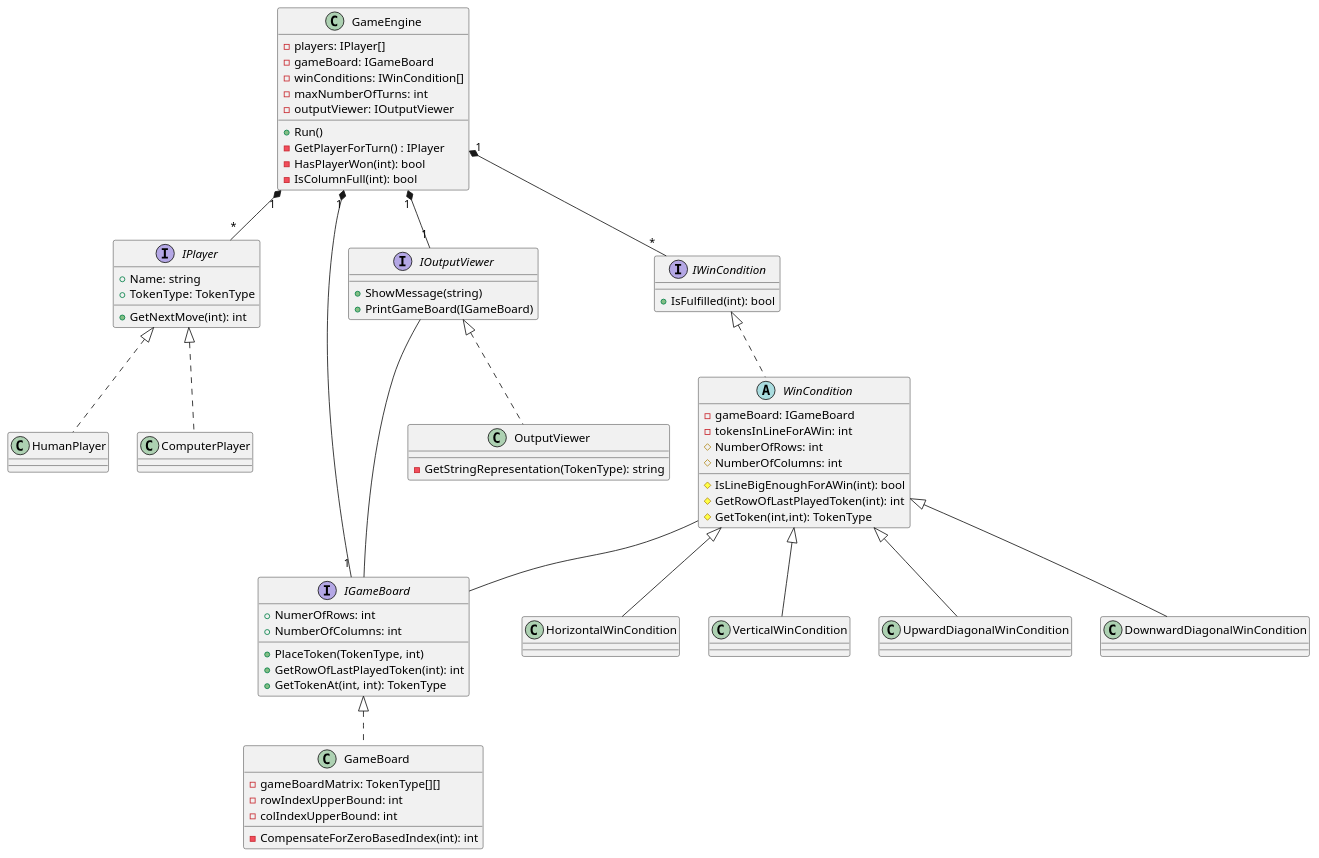
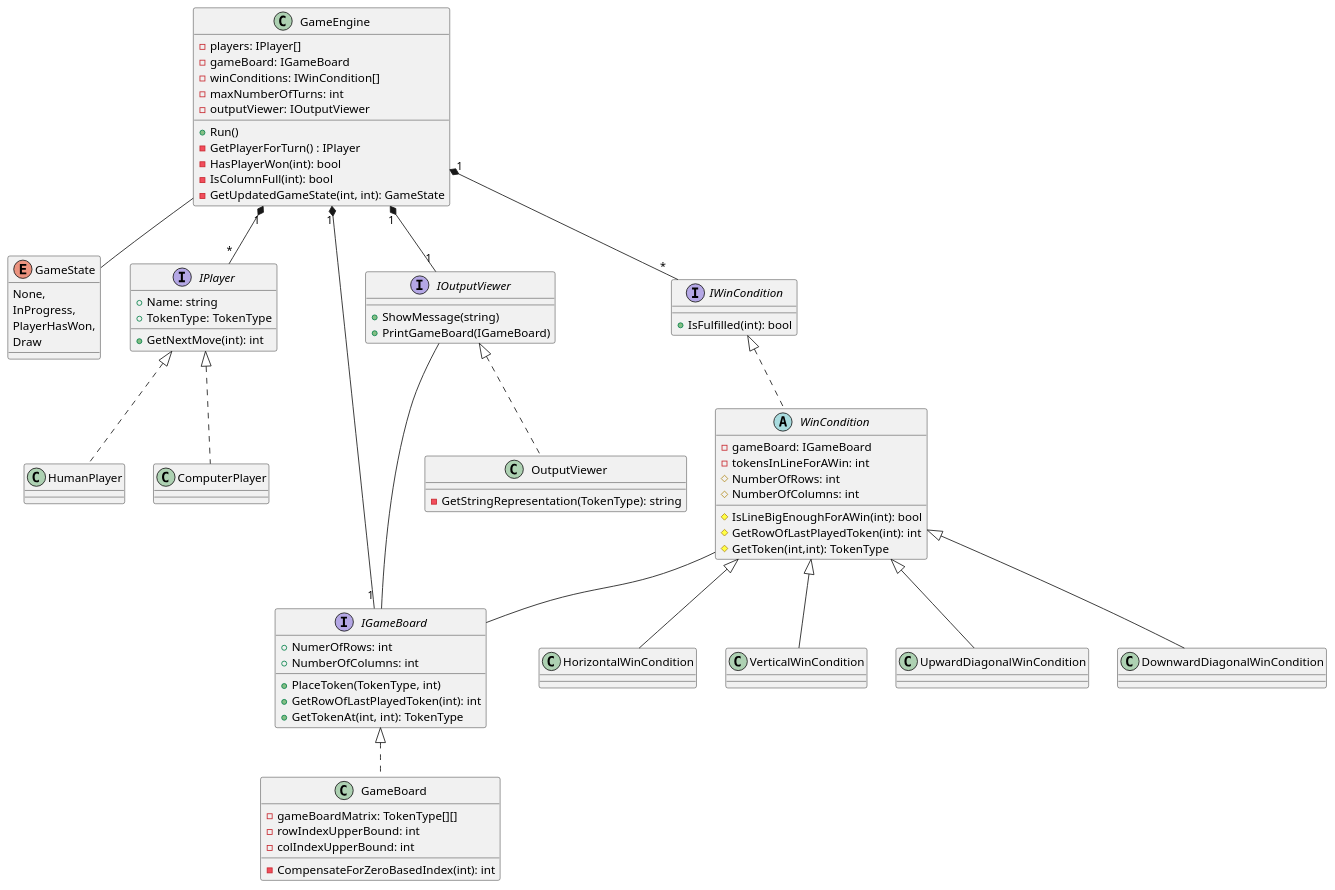
The diagram in umldiagram.wsd (Lee245/ConnectFour), drawn with PlantUML before and after one commit. The commit also changed 1 other file, not shown here.

Commit message:
Updated diagram

```diff
--- a/umldiagram.wsd
+++ b/umldiagram.wsd
@@ -1,93 +1,102 @@
 @startuml ConnectFour
+
+enum GameState {
+    None,
+    InProgress,
+    PlayerHasWon,
+    Draw
+}
 
 class GameEngine {
     -players: IPlayer[]
     -gameBoard: IGameBoard
     -winConditions: IWinCondition[]
     -maxNumberOfTurns: int
     -outputViewer: IOutputViewer
     +Run()
     -GetPlayerForTurn() : IPlayer
     -HasPlayerWon(int): bool
     -IsColumnFull(int): bool
+    -GetUpdatedGameState(int, int): GameState
 }
 
 ' Players
 interface IPlayer {
     +Name: string
     +TokenType: TokenType
     +GetNextMove(int): int
 }
 class HumanPlayer
 class ComputerPlayer
 
 ' Gameboard
 interface IGameBoard {
     +NumerOfRows: int
     +NumberOfColumns: int
     +PlaceToken(TokenType, int)
     +GetRowOfLastPlayedToken(int): int
     +GetTokenAt(int, int): TokenType
 }
 
 class GameBoard {
     -gameBoardMatrix: TokenType[][]
     -rowIndexUpperBound: int
     -colIndexUpperBound: int
     -CompensateForZeroBasedIndex(int): int
 }
 
 ' Output
 interface IOutputViewer {
     +ShowMessage(string)
     +PrintGameBoard(IGameBoard)
 }
 
 class OutputViewer {
     -GetStringRepresentation(TokenType): string
 }
 
 ' WinCondition
 interface IWinCondition {
     +IsFulfilled(int): bool
 }
 
 abstract WinCondition {
     -gameBoard: IGameBoard
     -tokensInLineForAWin: int
     #NumberOfRows: int
     #NumberOfColumns: int
     #IsLineBigEnoughForAWin(int): bool
     #GetRowOfLastPlayedToken(int): int
     #GetToken(int,int): TokenType
 }
 
 class HorizontalWinCondition
 class VerticalWinCondition
 class UpwardDiagonalWinCondition
 class DownwardDiagonalWinCondition
 
 ' Relations
 
+GameEngine -- GameState
 GameEngine "1" *-- "*" IPlayer
 GameEngine "1" *-- "*" IWinCondition
 GameEngine "1" *-- "1" IOutputViewer
 
 GameEngine "1" *-- "1" IGameBoard
 IGameBoard <|.. GameBoard
 
 IWinCondition <|.. WinCondition
 WinCondition <|-- HorizontalWinCondition
 WinCondition <|-- VerticalWinCondition
 WinCondition <|-- UpwardDiagonalWinCondition
 WinCondition <|-- DownwardDiagonalWinCondition
 
 WinCondition -- IGameBoard
 
 IOutputViewer <|.. OutputViewer
 IOutputViewer -- IGameBoard
 
 IPlayer <|.. HumanPlayer
 IPlayer <|.. ComputerPlayer
 
 @enduml
```
